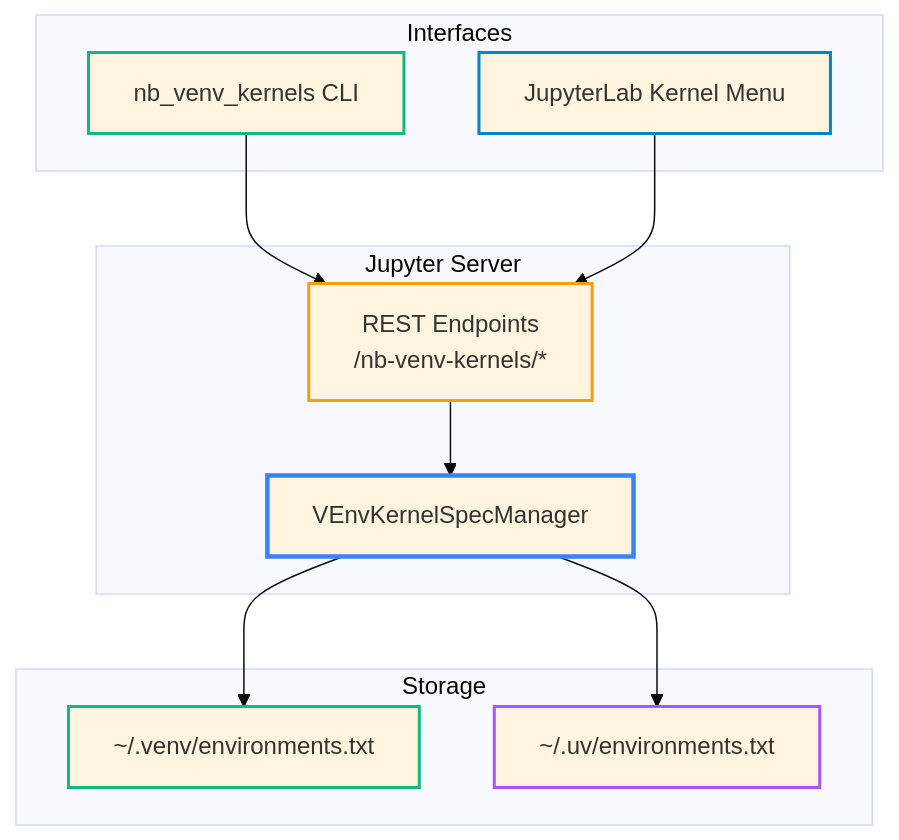
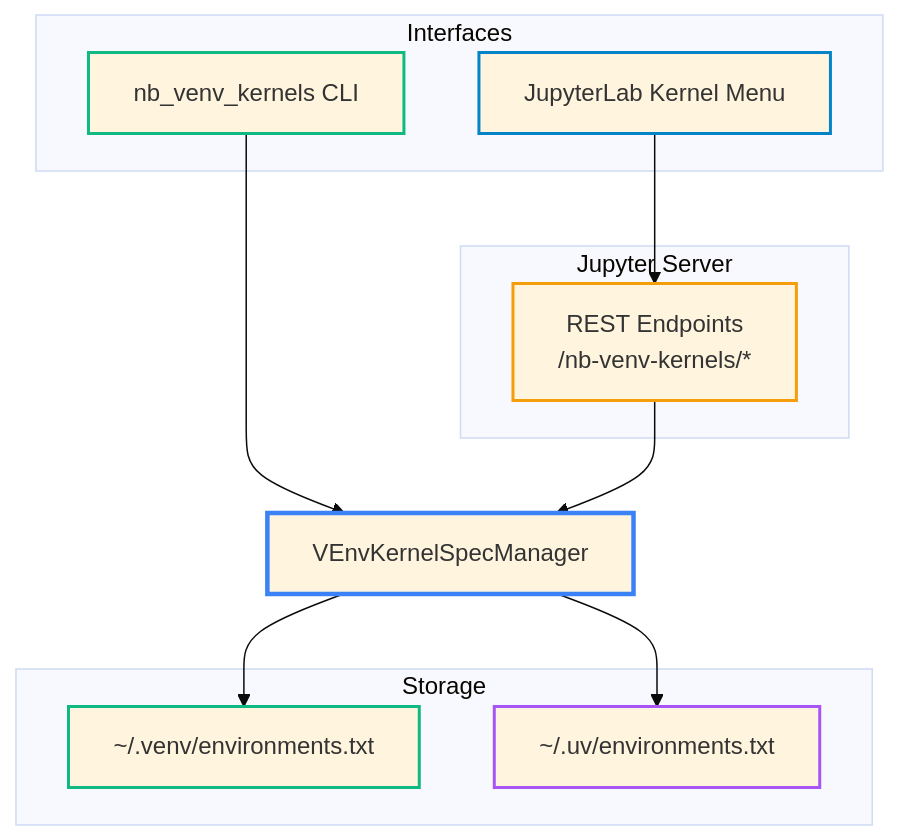
Before and after one commit to stellarshenson/nb_venv_kernels: the second of 2 diagrams in README.md, drawn with Mermaid (base theme). The commit also changed other lines of this file and 6 other files, not shown here.

First line of the commit message:
feat: CLI/API harmonization - unified sorting and architecture

````diff
--- a/README.md
+++ b/README.md
@@ -206,30 +206,31 @@
 ```mermaid
 flowchart TB
     subgraph Interfaces
         CLI[nb_venv_kernels CLI]
         MENU[JupyterLab Kernel Menu]
     end
 
     subgraph Server[Jupyter Server]
         REST[REST Endpoints<br>/nb-venv-kernels/*]
-        MGR[VEnvKernelSpecManager]
     end
+
+    MGR[VEnvKernelSpecManager]
 
     subgraph Storage
         VENV_REG[~/.venv/environments.txt]
         UV_REG[~/.uv/environments.txt]
     end
 
-    CLI --> REST
+    CLI --> MGR
     MENU --> REST
     REST --> MGR
     MGR --> VENV_REG
     MGR --> UV_REG
 
     style CLI stroke:#10b981,stroke-width:2px
     style MENU stroke:#0284c7,stroke-width:2px
     style REST stroke:#f59e0b,stroke-width:2px
     style MGR stroke:#3b82f6,stroke-width:3px
     style VENV_REG stroke:#10b981,stroke-width:2px
     style UV_REG stroke:#a855f7,stroke-width:2px
 ```
````
